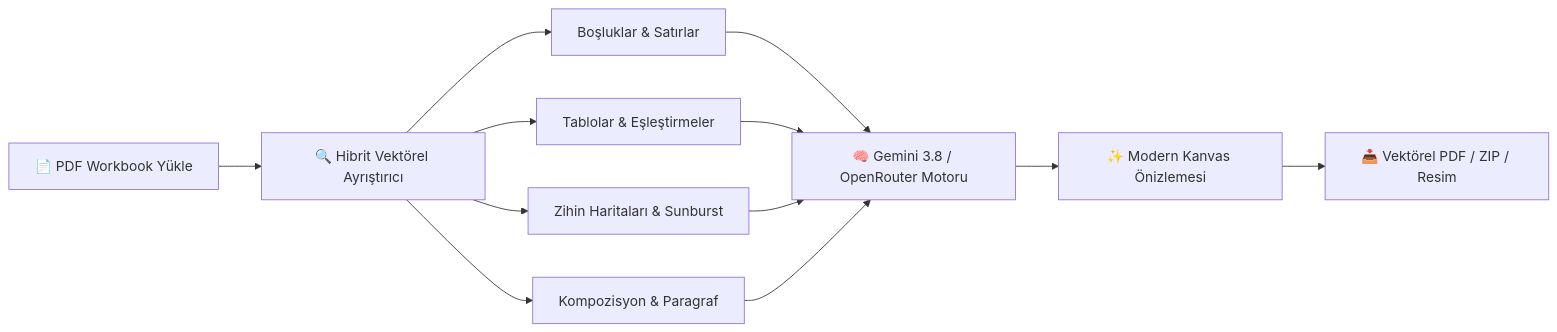
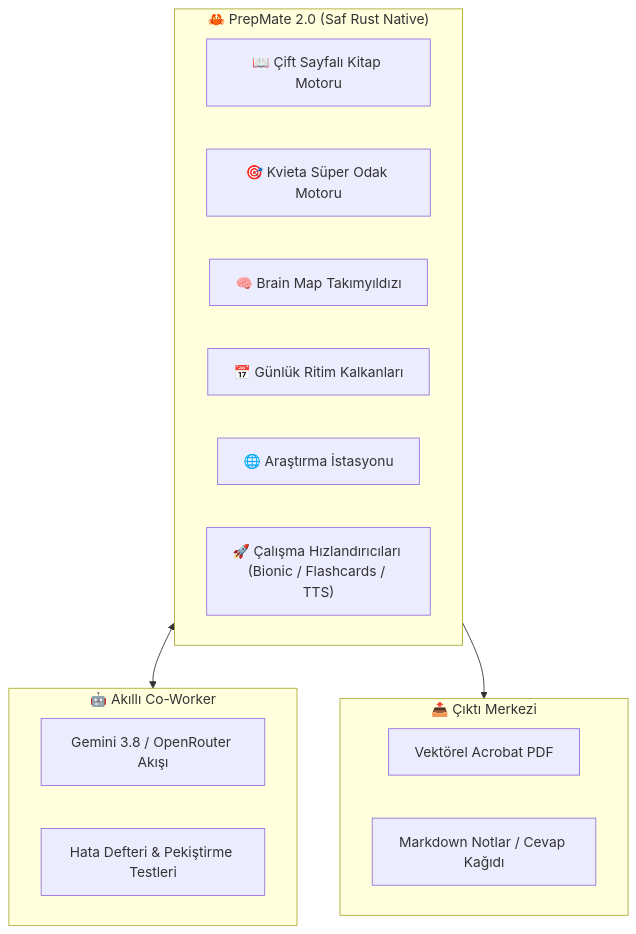
One commit to Rel0adediso/Prepmate-PDF changed the diagram in README_TR.md. Above: the diagram before and after it, drawn with Mermaid. The commit also changed other lines of this file and 18 other files, not shown here.

First line of the commit message:
feat: release PrepMate 2.0 with Kvieta focus engine, brain map and co-worker agent

````diff
--- a/README_TR.md
+++ b/README_TR.md
@@ -60,11 +87,21 @@
 ```mermaid
-flowchart LR
-    A["📄 PDF Workbook Yükle"] --> B["🔍 Hibrit Vektörel Ayrıştırıcı"]
-    B --> C1["Boşluklar & Satırlar"]
-    B --> C2["Tablolar & Eşleştirmeler"]
-    B --> C3["Zihin Haritaları & Sunburst"]
-    B --> C4["Kompozisyon & Paragraf"]
-    C1 & C2 & C3 & C4 --> D["🧠 Gemini 3.8 / OpenRouter Motoru"]
-    D --> E["✨ Modern Kanvas Önizlemesi"]
-    E --> F["📥 Vektörel PDF / ZIP / Resim"]
+flowchart TD
+    subgraph Core["🦀 PrepMate 2.0 (Saf Rust Native)"]
+        A["📖 Çift Sayfalı Kitap Motoru"]
+        B["🎯 Kvieta Süper Odak Motoru"]
+        C["🧠 Brain Map Takımyıldızı"]
+        D["📅 Günlük Ritim Kalkanları"]
+        E["🌐 Araştırma İstasyonu"]
+        F["🚀 Çalışma Hızlandırıcıları (Bionic / Flashcards / TTS)"]
+    end
+    subgraph AI["🤖 Akıllı Co-Worker"]
+        G["Gemini 3.8 / OpenRouter Akışı"]
+        H["Hata Defteri & Pekiştirme Testleri"]
+    end
+    subgraph Export["📤 Çıktı Merkezi"]
+        I["Vektörel Acrobat PDF"]
+        J["Markdown Notlar / Cevap Kağıdı"]
+    end
+    Core <--> AI
+    Core --> Export
 ```
````
